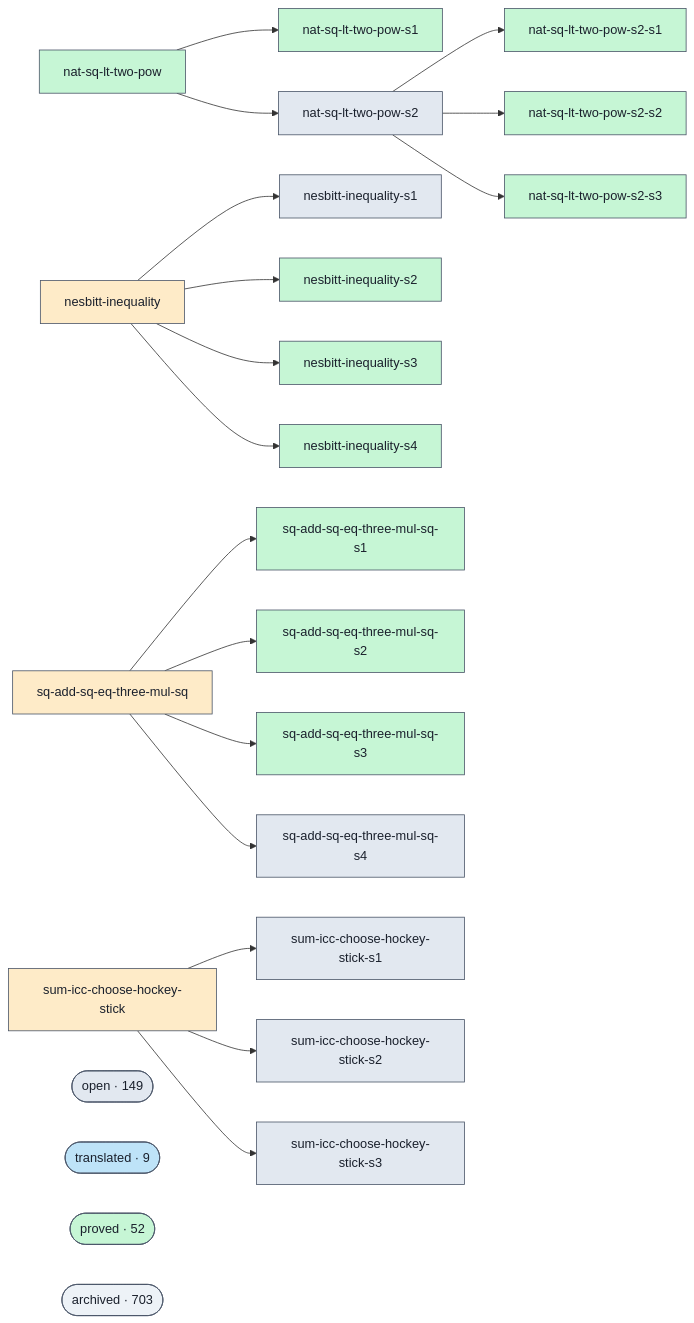
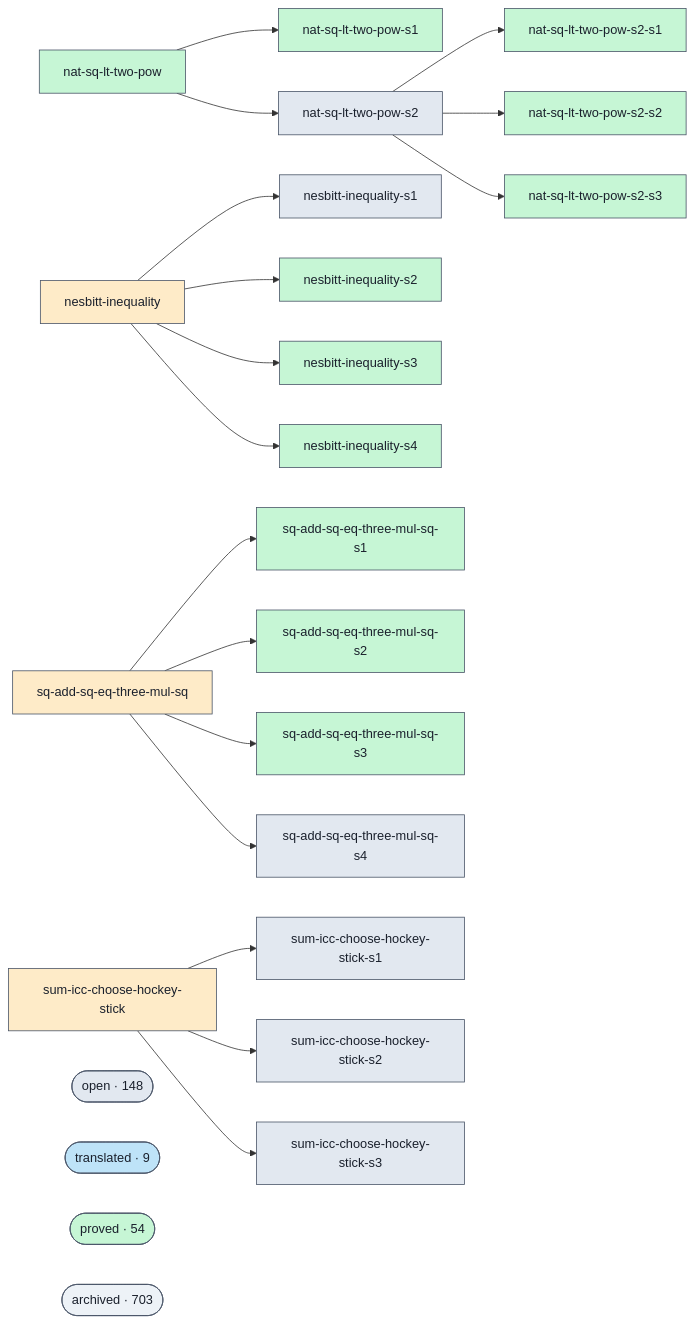
Before and after one commit to ohdearquant/unsorry: the diagram in docs/proofs-contributors-visualisation.md, drawn with Mermaid. The commit also changed other lines of this file and 2 other files, not shown here.

```diff
--- a/docs/proofs-contributors-visualisation.md
+++ b/docs/proofs-contributors-visualisation.md
@@ -98,11 +98,11 @@
   g_sum_icc_choose_hockey_stick --> g_sum_icc_choose_hockey_stick_s1
   g_sum_icc_choose_hockey_stick --> g_sum_icc_choose_hockey_stick_s2
   g_sum_icc_choose_hockey_stick --> g_sum_icc_choose_hockey_stick_s3
-  cluster_open(["open · 149"])
+  cluster_open(["open · 148"])
   class cluster_open open;
   cluster_translated(["translated · 9"])
   class cluster_translated translated;
-  cluster_proved(["proved · 52"])
+  cluster_proved(["proved · 54"])
   class cluster_proved proved;
   cluster_archived(["archived · 703"])
   class cluster_archived unknown;
```
